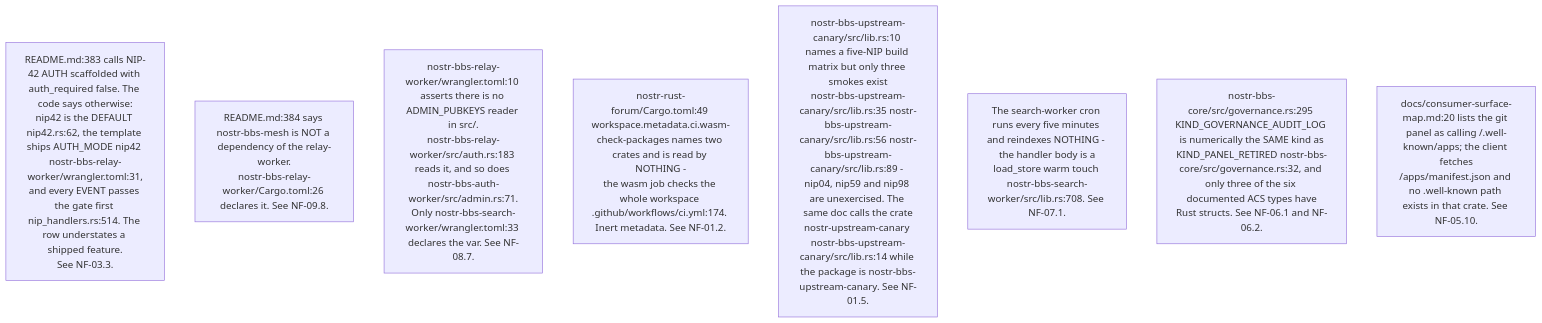
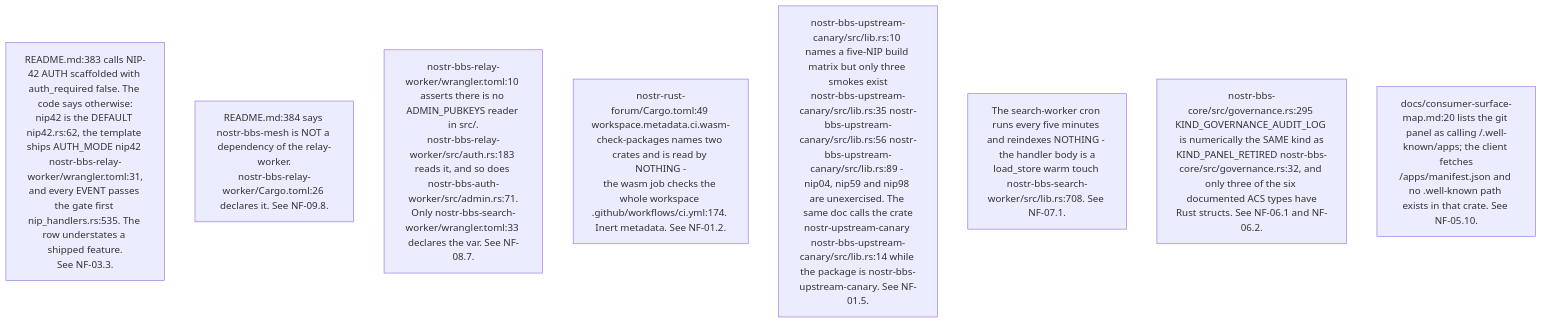
The sixth of 10 diagrams in docs/diagrams/nostr-rust-forum/10-invariants-and-anomaly-register.md (DreamLab-AI/VisionFlow), drawn with Mermaid before and after one commit. The commit also changed other lines of this file and 52 other files, not shown here.

First line of the commit message:
docs(diagrams): wave 3 checkpoint — bare line refs resolved, revision-pinned cite-check, VC-05/AB-01..13 re-attested

````diff
--- a/docs/diagrams/nostr-rust-forum/10-invariants-and-anomaly-register.md
+++ b/docs/diagrams/nostr-rust-forum/10-invariants-and-anomaly-register.md
@@ -129,11 +129,11 @@
 ```mermaid
 flowchart TB
-    DD1["README.md:383 calls NIP-42 AUTH scaffolded with auth_required false. The code says otherwise:<br/>nip42 is the DEFAULT nip42.rs:62, the template ships AUTH_MODE nip42 nostr-bbs-relay-worker/wrangler.toml:31,<br/>and every EVENT passes the gate first nip_handlers.rs:514. The row understates a shipped feature.<br/>See NF-03.3."]
+    DD1["README.md:383 calls NIP-42 AUTH scaffolded with auth_required false. The code says otherwise:<br/>nip42 is the DEFAULT nip42.rs:62, the template ships AUTH_MODE nip42 nostr-bbs-relay-worker/wrangler.toml:31,<br/>and every EVENT passes the gate first nip_handlers.rs:535. The row understates a shipped feature.<br/>See NF-03.3."]
     DD2["README.md:384 says nostr-bbs-mesh is NOT a dependency of the relay-worker.<br/>nostr-bbs-relay-worker/Cargo.toml:26 declares it. See NF-09.8."]
     DD3["nostr-bbs-relay-worker/wrangler.toml:10 asserts there is no ADMIN_PUBKEYS reader in src/.<br/>nostr-bbs-relay-worker/src/auth.rs:183 reads it, and so does nostr-bbs-auth-worker/src/admin.rs:71.<br/>Only nostr-bbs-search-worker/wrangler.toml:33 declares the var. See NF-08.7."]
     DD4["nostr-rust-forum/Cargo.toml:49 workspace.metadata.ci.wasm-check-packages names two crates and is read by NOTHING -<br/>the wasm job checks the whole workspace .github/workflows/ci.yml:174. Inert metadata. See NF-01.2."]
     DD5["nostr-bbs-upstream-canary/src/lib.rs:10 names a five-NIP build matrix but only three smokes exist<br/>nostr-bbs-upstream-canary/src/lib.rs:35 nostr-bbs-upstream-canary/src/lib.rs:56 nostr-bbs-upstream-canary/src/lib.rs:89 - nip04, nip59 and nip98 are unexercised. The same doc calls the crate<br/>nostr-upstream-canary nostr-bbs-upstream-canary/src/lib.rs:14 while the package is nostr-bbs-upstream-canary. See NF-01.5."]
     DD6["The search-worker cron runs every five minutes and reindexes NOTHING - the handler body is a<br/>load_store warm touch nostr-bbs-search-worker/src/lib.rs:708. See NF-07.1."]
     DD7["nostr-bbs-core/src/governance.rs:295 KIND_GOVERNANCE_AUDIT_LOG is numerically the SAME kind as<br/>KIND_PANEL_RETIRED nostr-bbs-core/src/governance.rs:32, and only three of the six documented ACS types have<br/>Rust structs. See NF-06.1 and NF-06.2."]
     DD8["docs/consumer-surface-map.md:20 lists the git panel as calling /.well-known/apps; the client fetches<br/>/apps/manifest.json and no .well-known path exists in that crate. See NF-05.10."]
 ```
````
